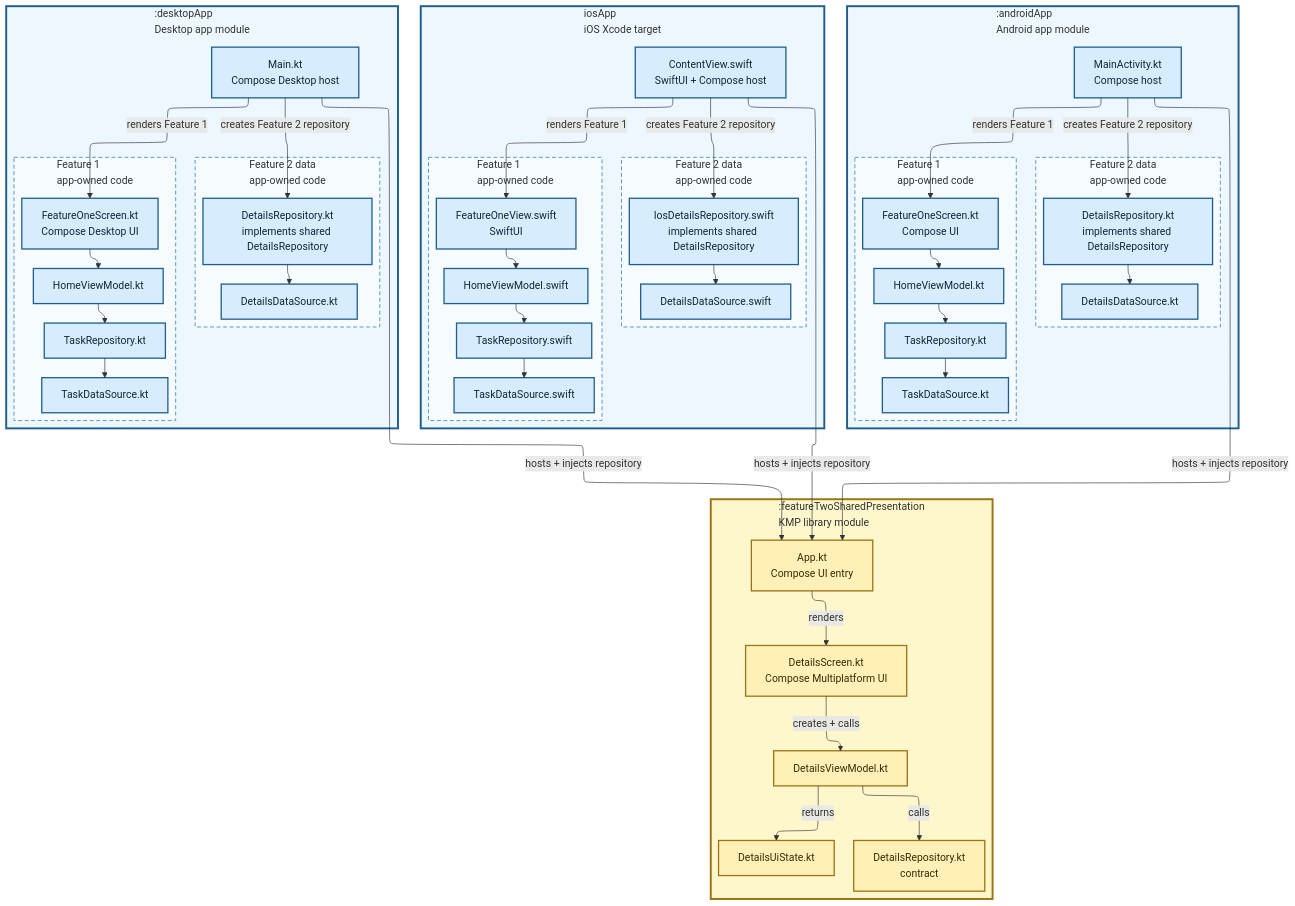
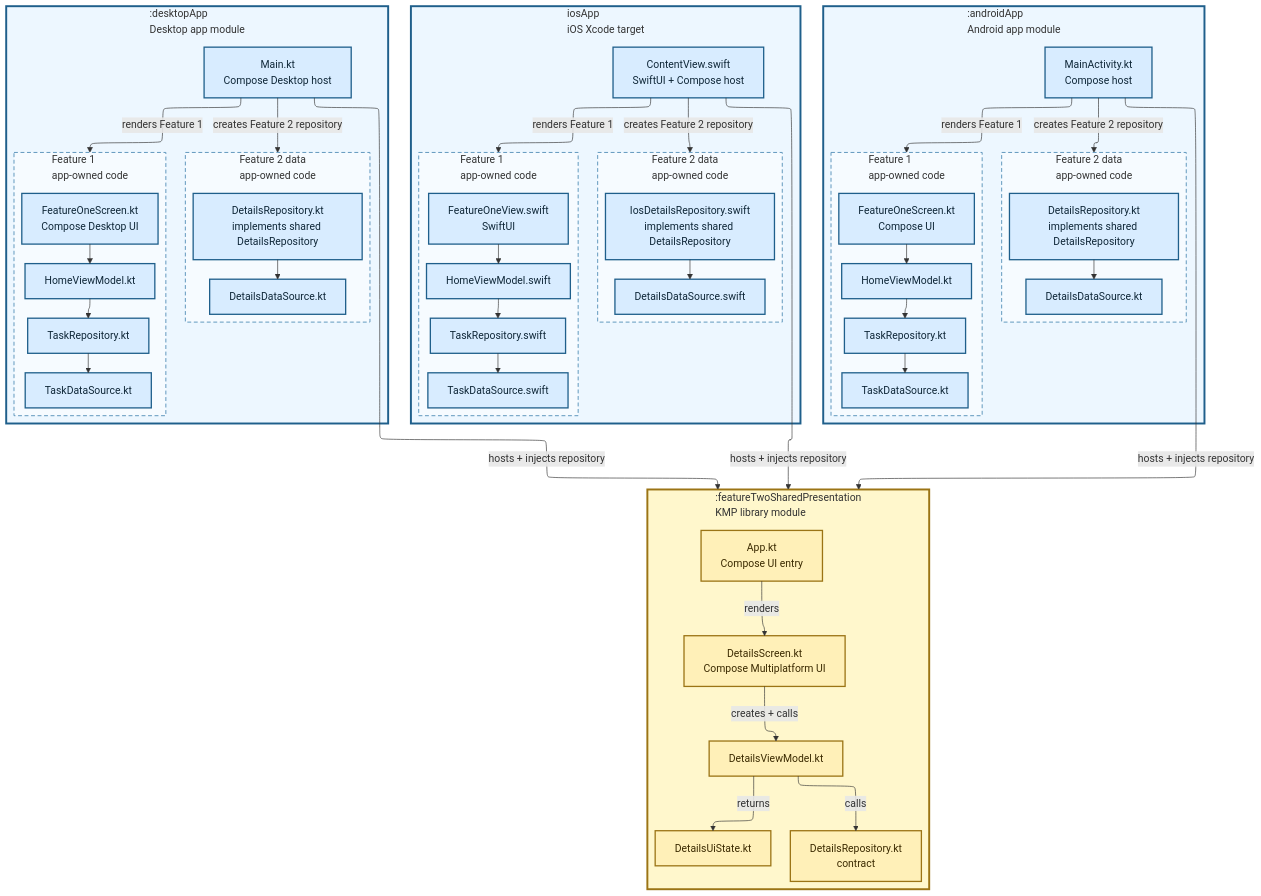
The diagram in diagrams/11-modular-kmp-presentation-layer.md (TheSetox/kmp-sample-diagrams), drawn with Mermaid before and after one commit. The commit also changed 38 other files, not shown here.

Commit message:
docs: clarify diagram typography and routing

```diff
--- a/diagrams/11-modular-kmp-presentation-layer.md
+++ b/diagrams/11-modular-kmp-presentation-layer.md
@@ -27,8 +27,8 @@
       ADetailsDataSource["DetailsDataSource.kt"]
       ADetailsRepository --> ADetailsDataSource
     end
-    AEntry -->|"renders Feature 1"| AHomeUI
-    AEntry -->|"creates Feature 2 repository"| ADetailsRepository
+    AEntry -->|"renders Feature 1"| AFeatureOne
+    AEntry -->|"creates Feature 2 repository"| AFeatureTwo
   end
 
   subgraph IOS["iosApp\niOS Xcode target"]
@@ -48,8 +48,8 @@
       IDetailsDataSource["DetailsDataSource.swift"]
       IDetailsRepository --> IDetailsDataSource
     end
-    IEntry -->|"renders Feature 1"| IHomeUI
-    IEntry -->|"creates Feature 2 repository"| IDetailsRepository
+    IEntry -->|"renders Feature 1"| IFeatureOne
+    IEntry -->|"creates Feature 2 repository"| IFeatureTwo
   end
 
   subgraph Desktop[":desktopApp\nDesktop app module"]
@@ -69,8 +69,8 @@
       DDetailsDataSource["DetailsDataSource.kt"]
       DDetailsRepository --> DDetailsDataSource
     end
-    DEntry -->|"renders Feature 1"| DHomeUI
-    DEntry -->|"creates Feature 2 repository"| DDetailsRepository
+    DEntry -->|"renders Feature 1"| DFeatureOne
+    DEntry -->|"creates Feature 2 repository"| DFeatureTwo
   end
 
   subgraph KMP[":featureTwoSharedPresentation\nKMP library module"]
@@ -86,9 +86,9 @@
     VM -->|"calls"| RepositoryPort
   end
 
-  DEntry -->|"hosts + injects repository"| App
-  IEntry -->|"hosts + injects repository"| App
-  AEntry -->|"hosts + injects repository"| App
+  DEntry -->|"hosts + injects repository"| KMP
+  IEntry -->|"hosts + injects repository"| KMP
+  AEntry -->|"hosts + injects repository"| KMP
 
   classDef app fill:#d8ecff,stroke:#1f5f8b,color:#0f2738,stroke-width:2px;
   classDef kmp fill:#fff0b8,stroke:#9b7415,color:#3b2a00,stroke-width:2px;
```
